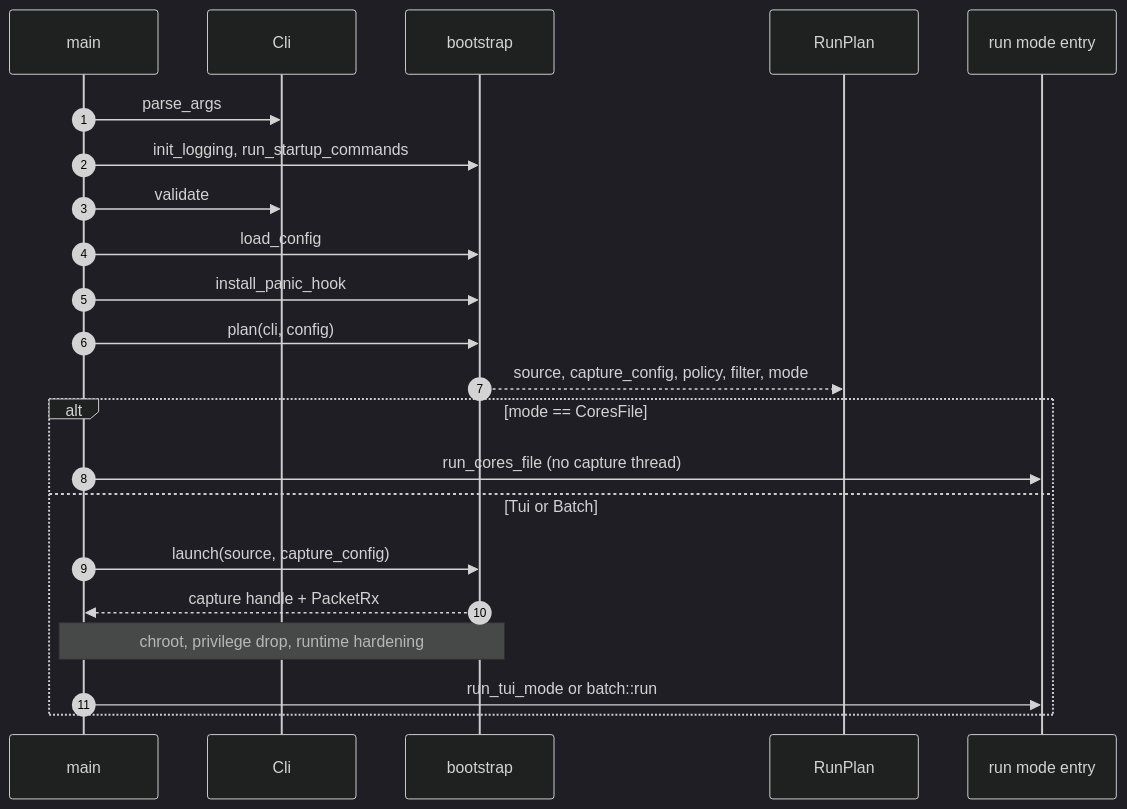
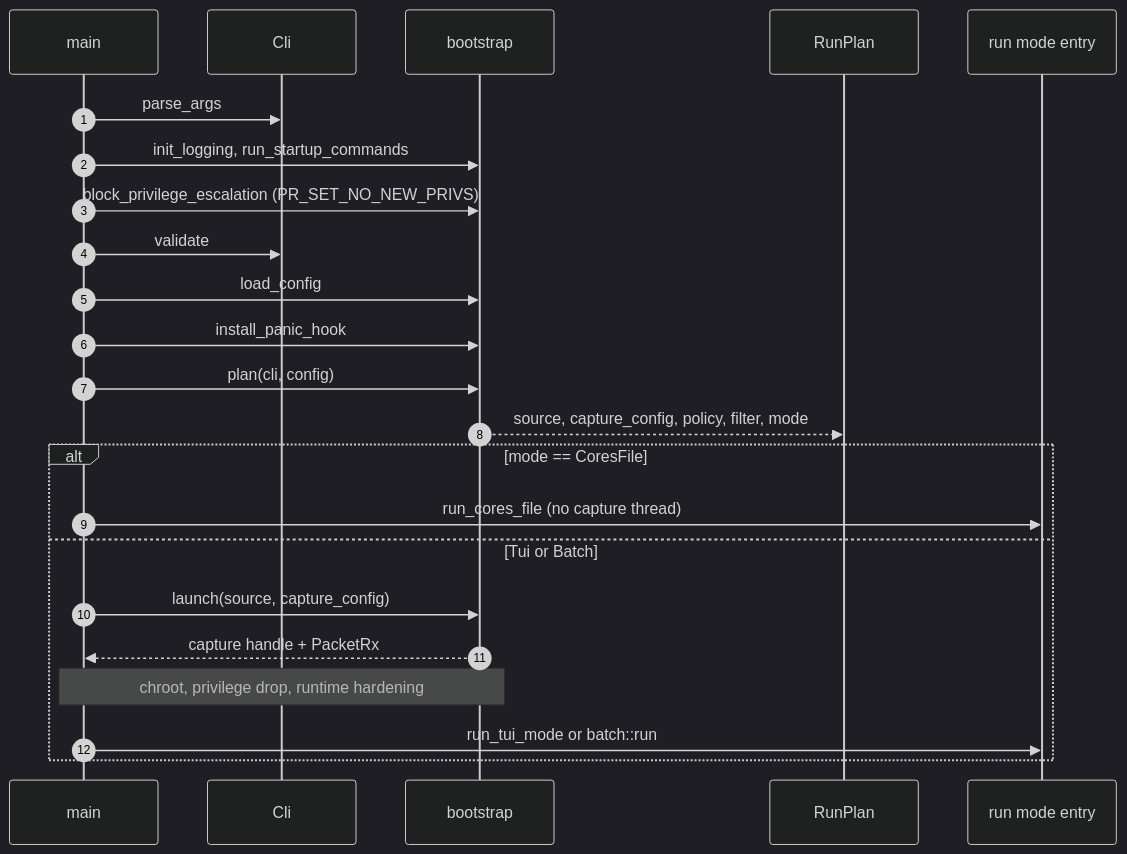
The first of 4 diagrams in docs/internals/subsystem-guide.md (NormB/sipnab), drawn with Mermaid (dark theme) before and after one commit. The commit also changed other lines of this file and 13 other files, not shown here.

````diff
--- a/docs/internals/subsystem-guide.md
+++ b/docs/internals/subsystem-guide.md
@@ -12,25 +12,26 @@
 ```mermaid
 sequenceDiagram
     autonumber
     participant Main as main
     participant Cli
     participant Boot as bootstrap
     participant Plan as RunPlan
     participant Mode as run mode entry
 
     Main->>Cli: parse_args
     Main->>Boot: init_logging, run_startup_commands
+    Main->>Boot: block_privilege_escalation (PR_SET_NO_NEW_PRIVS)
     Main->>Cli: validate
     Main->>Boot: load_config
     Main->>Boot: install_panic_hook
     Main->>Boot: plan(cli, config)
     Boot-->>Plan: source, capture_config, policy, filter, mode
     alt mode == CoresFile
         Main->>Mode: run_cores_file (no capture thread)
     else Tui or Batch
         Main->>Boot: launch(source, capture_config)
         Boot-->>Main: capture handle + PacketRx
         Note over Boot,Main: chroot, privilege drop, runtime hardening
         Main->>Mode: run_tui_mode or batch::run
     end
 ```
````
